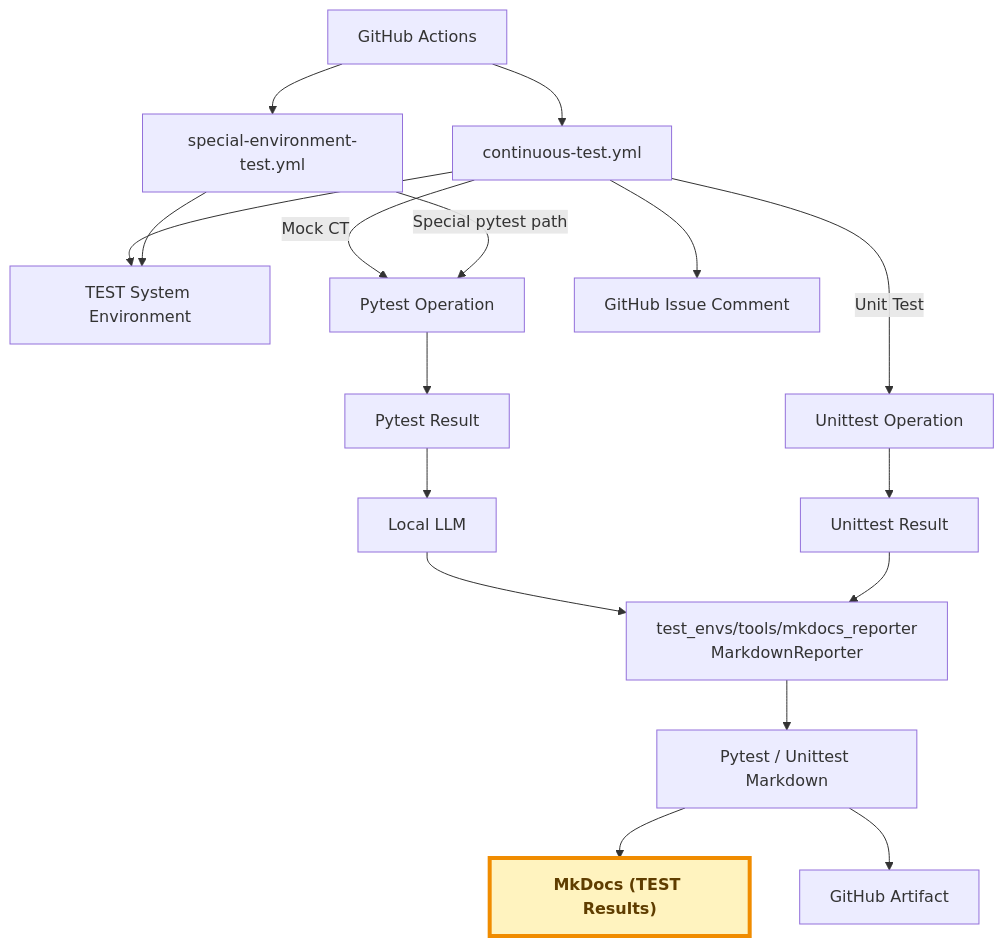
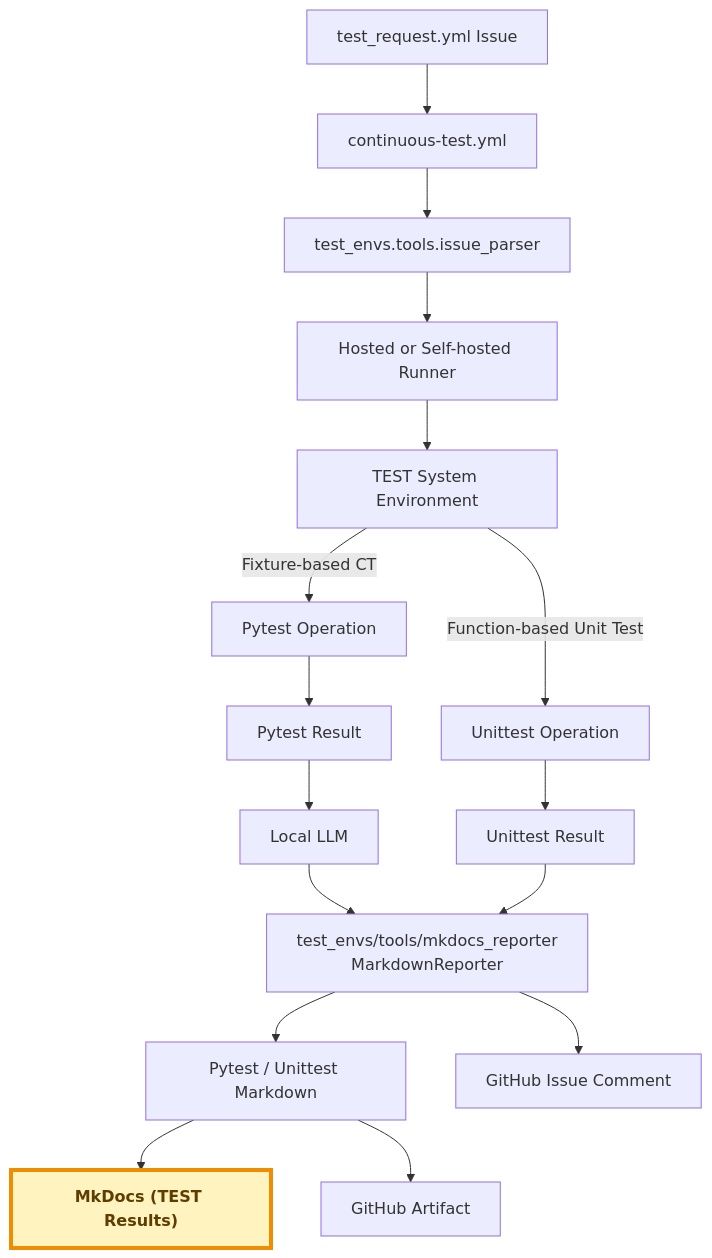
One commit to JeonghunLee/AI-driven-CI-CT changed the second of 2 diagrams in docs/index.md. Above: the diagram before and after it, drawn with Mermaid. The commit also changed other lines of this file and 12 other files, not shown here.

First line of the commit message:
feat: Introduce unified test request workflow and environment check

````diff
--- a/docs/index.md
+++ b/docs/index.md
@@ -127,37 +127,33 @@
 ```mermaid
 flowchart TD
-    GITHUB[GitHub Actions]
-    CONTINUOUS[continuous-test.yml]
-    SPECIAL[special-environment-test.yml]
+    REQUEST[test_request.yml Issue]
+    WORKFLOW[continuous-test.yml]
+    PARSER[test_envs.tools.issue_parser]
+    RUNNER[Hosted or Self-hosted Runner]
     ENV[TEST System Environment]
     PYTEST[Pytest Operation]
     UNITTEST[Unittest Operation]
     PYTEST_RESULT[Pytest Result]
     UNITTEST_RESULT[Unittest Result]
     LLM[Local LLM]
     REPORTER["test_envs/tools/mkdocs_reporter<br/>MarkdownReporter"]
     MARKDOWN["Pytest / Unittest Markdown"]
     MKDOCS["MkDocs (TEST Results)"]
     ISSUE[GitHub Issue Comment]
     ARTIFACT[GitHub Artifact]
 
-    GITHUB --> CONTINUOUS
-    GITHUB --> SPECIAL
-    CONTINUOUS --> ENV
-    SPECIAL --> ENV
-
-    CONTINUOUS -->|Mock CT| PYTEST
-    CONTINUOUS -->|Unit Test| UNITTEST
-    SPECIAL -->|Special pytest path| PYTEST
+    REQUEST --> WORKFLOW --> PARSER --> RUNNER --> ENV
+    ENV -->|Fixture-based CT| PYTEST
+    ENV -->|Function-based Unit Test| UNITTEST
 
     PYTEST --> PYTEST_RESULT --> LLM --> REPORTER
     UNITTEST --> UNITTEST_RESULT --> REPORTER
 
     REPORTER --> MARKDOWN
     MARKDOWN --> MKDOCS
-    CONTINUOUS --> ISSUE
+    REPORTER --> ISSUE
     MARKDOWN --> ARTIFACT
 
     classDef testResults fill:#fff3bf,stroke:#f08c00,stroke-width:4px,color:#5f3d00,font-weight:bold
     class MKDOCS testResults
 ```
````
